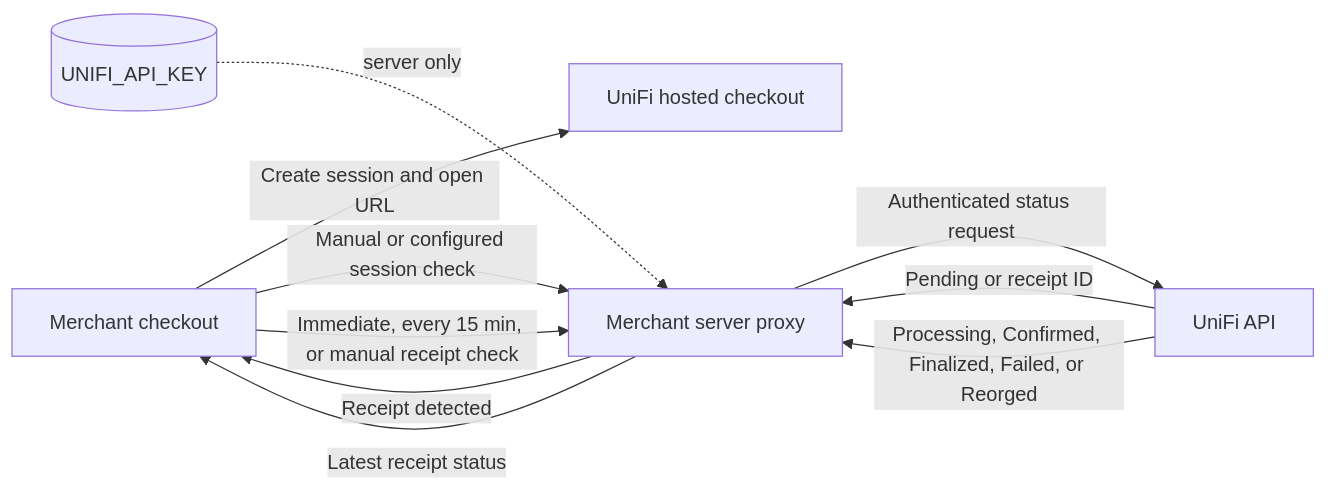
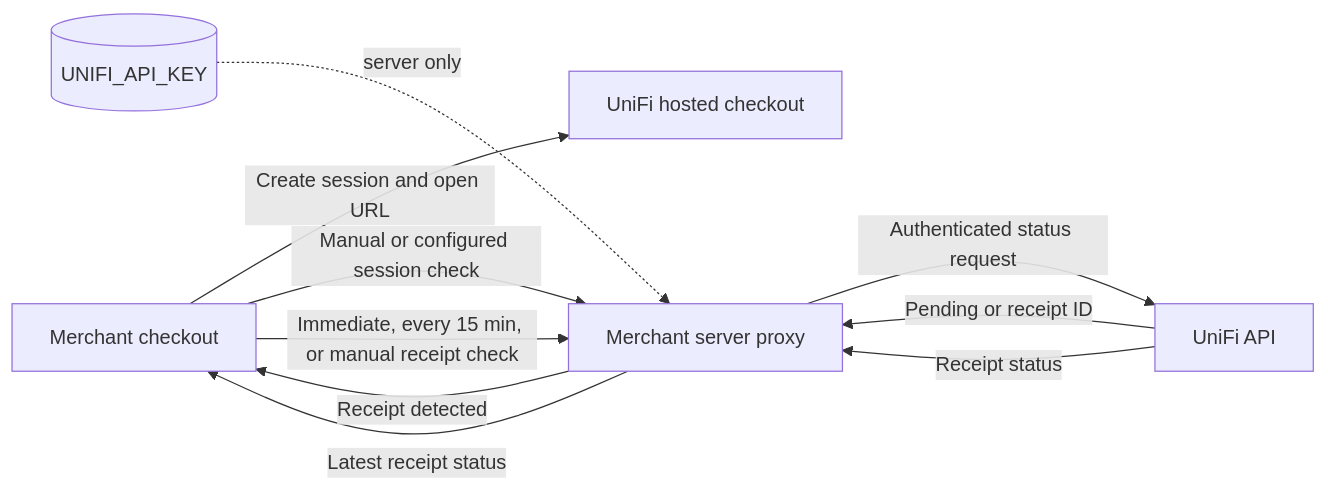
Before and after one commit to abhi3700/unifi-docs: the diagram in payment-gateway/overview.mdx, drawn with Mermaid. The commit also changed other lines of this file and 9 other files, not shown here.

Commit message:
Use Submitted in the receipt timeline

````diff
--- a/payment-gateway/overview.mdx
+++ b/payment-gateway/overview.mdx
@@ -48,12 +48,12 @@
 ```mermaid
 flowchart LR
     Browser[Merchant checkout] -->|Create session and open URL| Checkout[UniFi hosted checkout]
     Browser -->|Manual or configured session check| Proxy[Merchant server proxy]
     Secret[(UNIFI_API_KEY)] -. server only .-> Proxy
     Proxy -->|Authenticated status request| API[UniFi API]
     API -->|Pending or receipt ID| Proxy
     Proxy -->|Receipt detected| Browser
     Browser -->|Immediate, every 15 min, or manual receipt check| Proxy
-    API -->|Processing, Confirmed, Finalized, Failed, or Reorged| Proxy
+    API -->|Receipt status| Proxy
     Proxy -->|Latest receipt status| Browser
 ```
````
